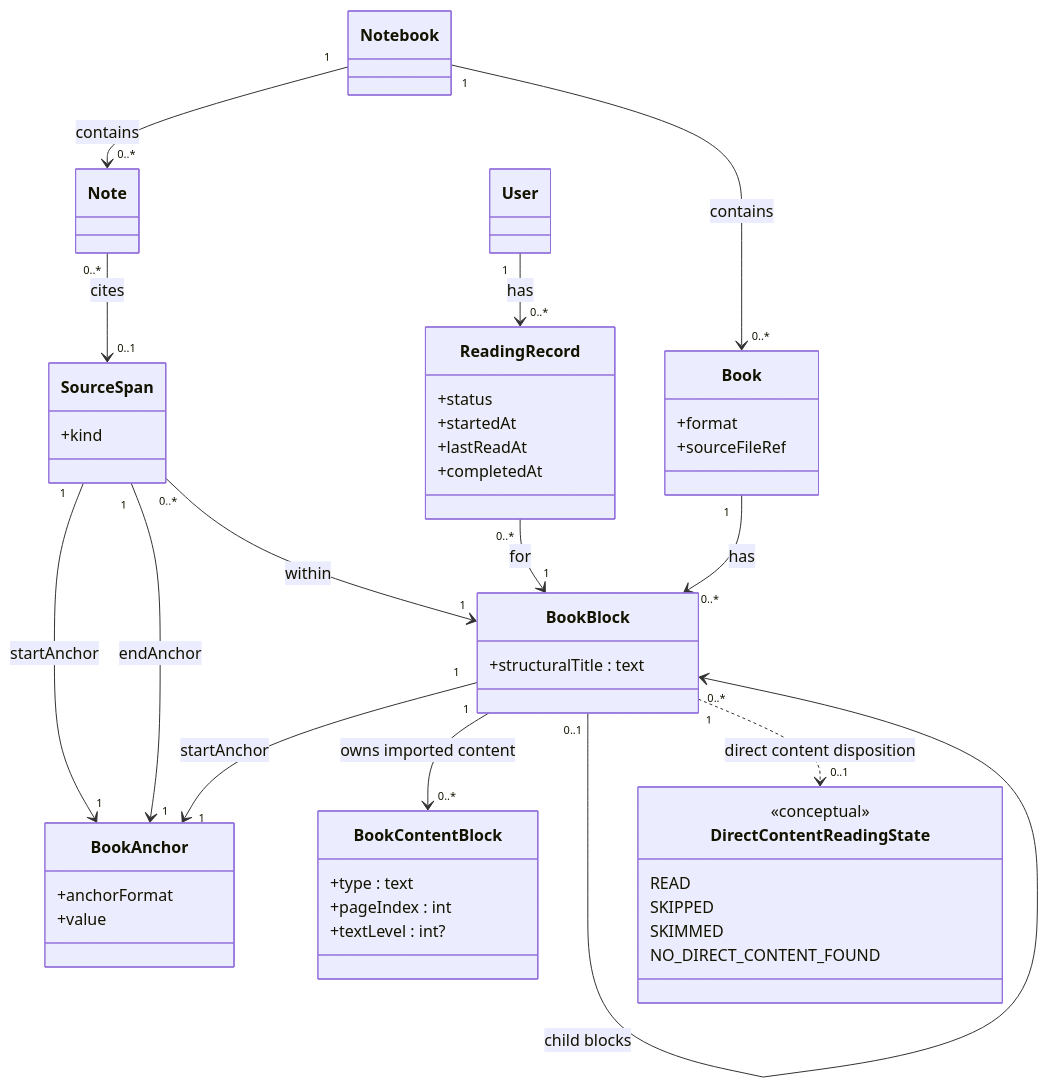
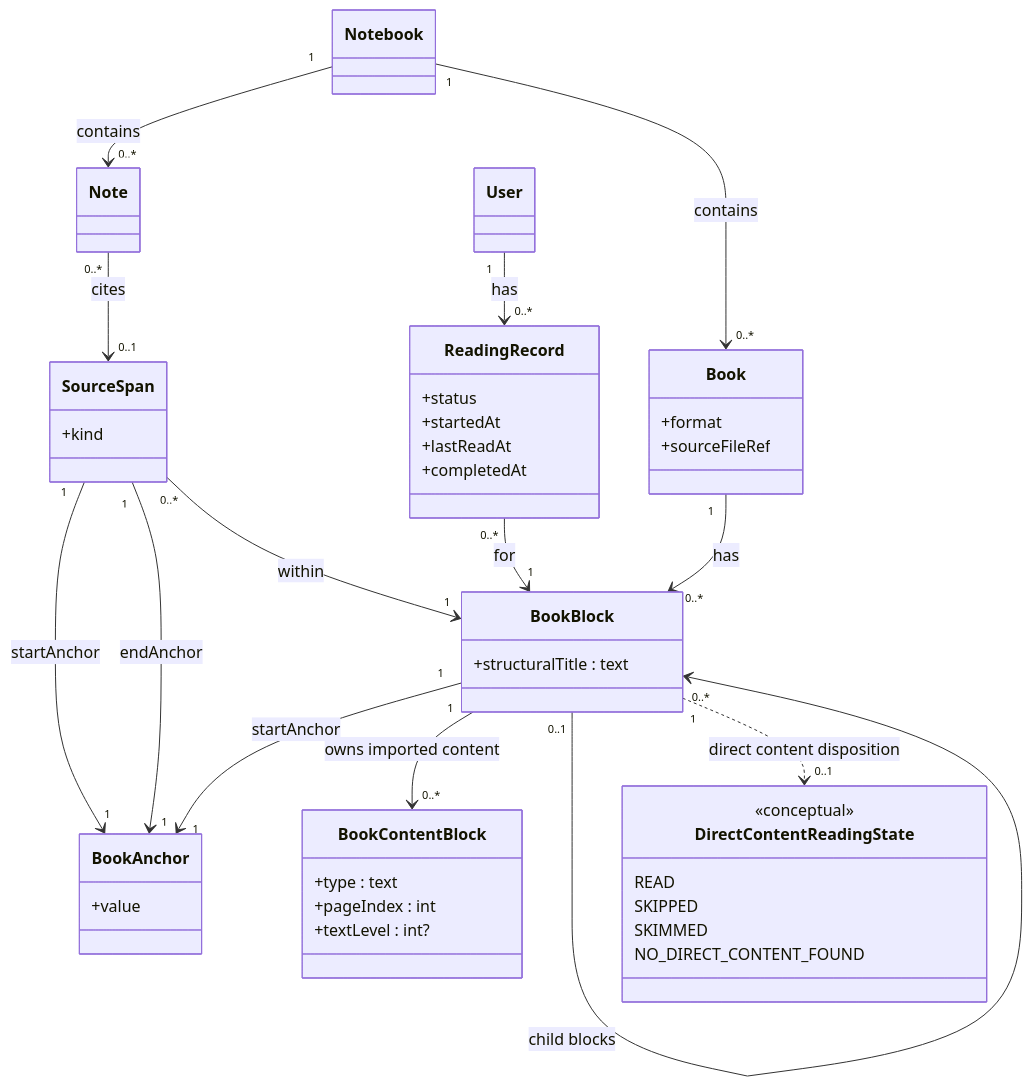
The diagram in ongoing/doughnut-book-reading-architecture-roadmap.md (nerds-odd-e/doughnut), drawn with Mermaid before and after one commit. The commit also changed other lines of this file and 19 other files, not shown here.

First line of the commit message:
refactor(bookAnchor): remove anchorFormat property from BookAnchor and related classes

````diff
--- a/ongoing/doughnut-book-reading-architecture-roadmap.md
+++ b/ongoing/doughnut-book-reading-architecture-roadmap.md
@@ -33,69 +33,68 @@
 ```mermaid
 classDiagram
     class Notebook {
     }
 
     class Book {
       +format
       +sourceFileRef
     }
 
     class Note {
     }
 
     class BookBlock {
       +structuralTitle : text
     }
 
     class BookContentBlock {
       +type : text
       +pageIndex : int
       +textLevel : int?
     }
 
     class DirectContentReadingState {
       <<conceptual>>
       READ
       SKIPPED
       SKIMMED
       NO_DIRECT_CONTENT_FOUND
     }
 
     class BookAnchor {
-      +anchorFormat
       +value
     }
 
     class SourceSpan {
       +kind
     }
 
     class User {
     }
 
     class ReadingRecord {
       +status
       +startedAt
       +lastReadAt
       +completedAt
     }
 
     Notebook "1" --> "0..*" Note : contains
     Notebook "1" --> "0..*" Book : contains
 
     Book "1" --> "0..*" BookBlock : has
     BookBlock "1" --> "1" BookAnchor : startAnchor
     BookBlock "1" --> "0..*" BookContentBlock : owns imported content
 
     BookBlock "0..1" --> "0..*" BookBlock : child blocks
 
     BookBlock "1" ..> "0..1" DirectContentReadingState : direct content disposition
 
     Note "0..*" --> "0..1" SourceSpan : cites
     SourceSpan "1" --> "1" BookAnchor : startAnchor
     SourceSpan "1" --> "1" BookAnchor : endAnchor
     SourceSpan "0..*" --> "1" BookBlock : within
 
     User "1" --> "0..*" ReadingRecord : has
     ReadingRecord "0..*" --> "1" BookBlock : for
 ```
````
